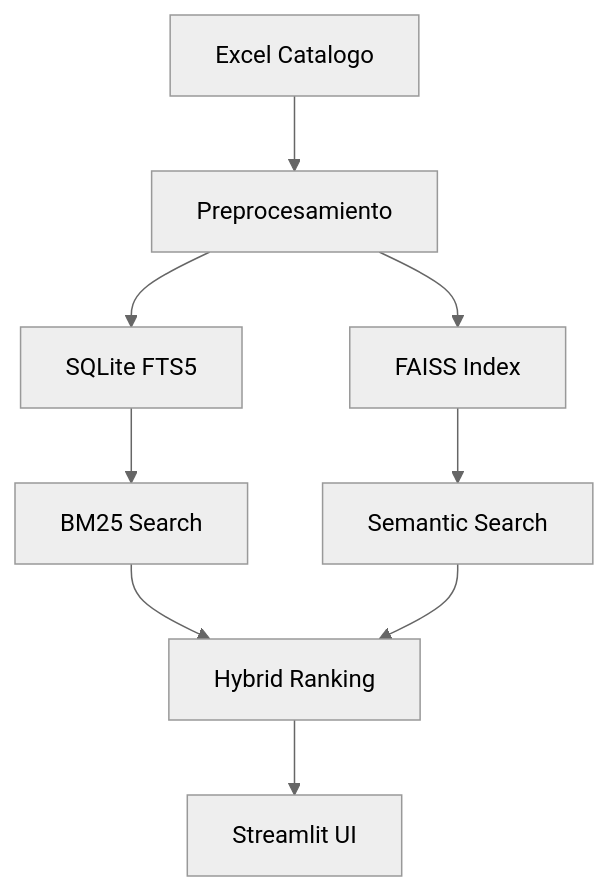
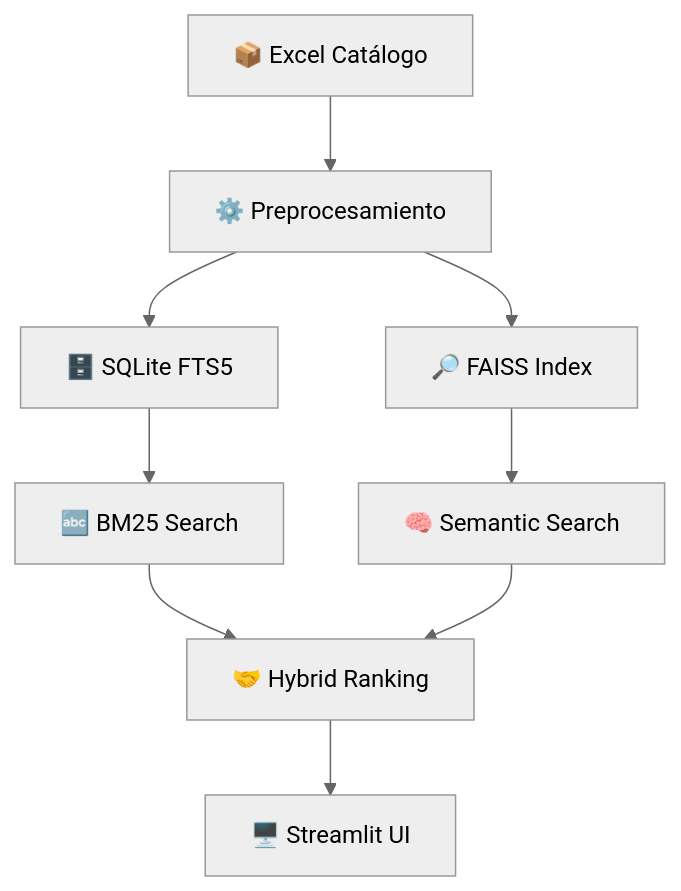
Before and after one commit to Astharmin/Semantic_ProyectTracker: the diagram in README.md, drawn with Mermaid (neutral theme). The commit also changed other lines of this file and 5 other files, not shown here.

````diff
--- a/README.md
+++ b/README.md
@@ -34,11 +38,11 @@
 ```mermaid
-graph TB
-    A[Excel Catalogo] --> B[Preprocesamiento]
-    B --> C[SQLite FTS5]
-    B --> D[FAISS Index]
-    C --> E[BM25 Search]
-    D --> F[Semantic Search]
-    E --> G[Hybrid Ranking]
+graph TD
+    A[📦 Excel Catálogo] --> B[⚙️ Preprocesamiento]
+    B --> C[🗄️ SQLite FTS5]
+    B --> D[🔎 FAISS Index]
+    C --> E[🔤 BM25 Search]
+    D --> F[🧠 Semantic Search]
+    E --> G[🤝 Hybrid Ranking]
     F --> G
-    G --> H[Streamlit UI]
+    G --> H[🖥️ Streamlit UI]
 ```
````
